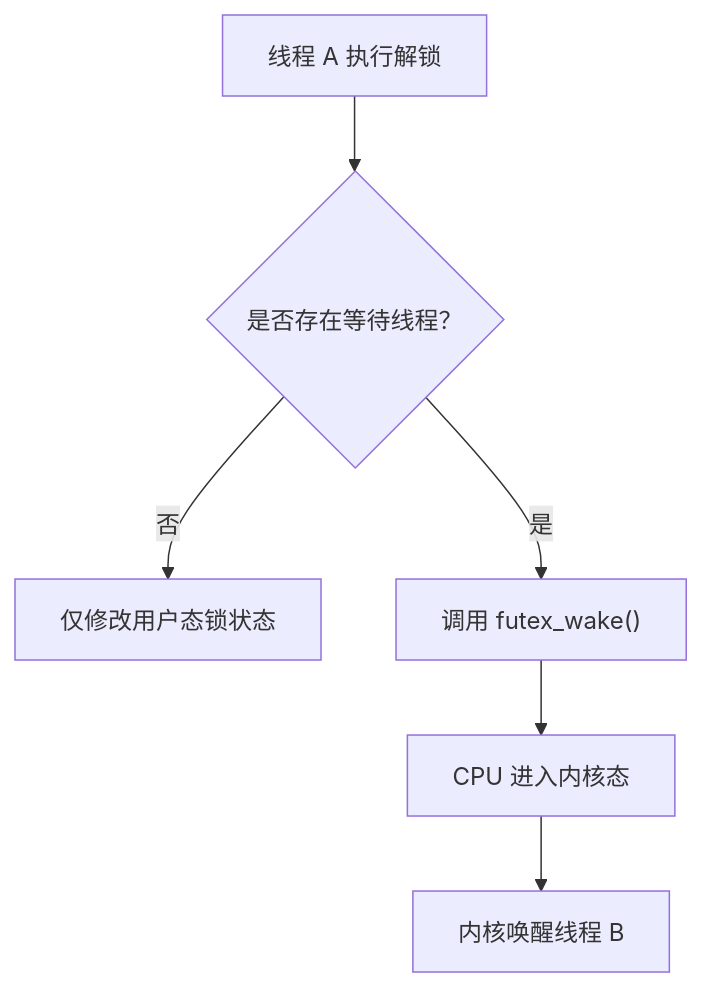
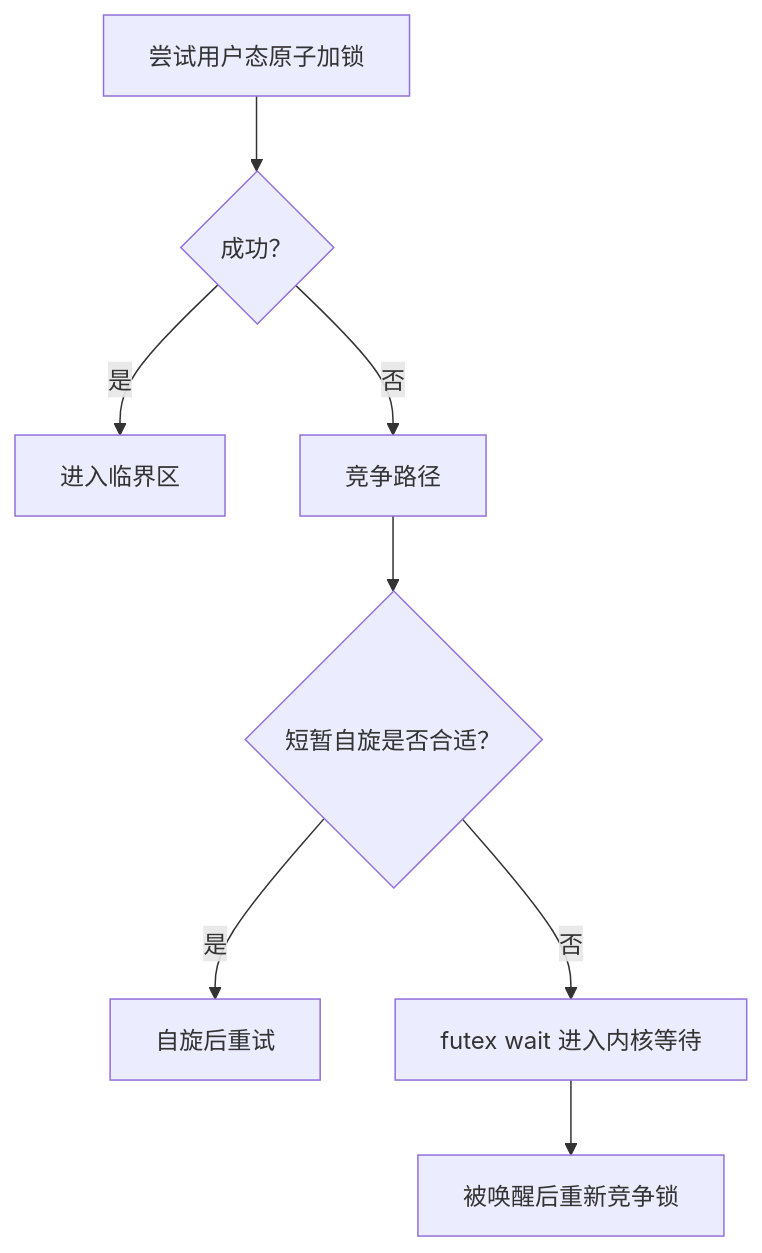
The fifth of 36 diagrams in blog/os_review.md (Fizgrad/fizgrad.github.io), drawn with Mermaid before and after one commit. The commit also changed other lines of this file and 1 other file, not shown here.

````diff
--- a/blog/os_review.md
+++ b/blog/os_review.md
@@ -1299,8 +1509,10 @@
 ```mermaid
 flowchart TD
-    A["线程 A 执行解锁"] --> B{"是否存在等待线程？"}
-    B -->|否| C["仅修改用户态锁状态"]
-    B -->|是| D["调用 futex_wake()"]
-    D --> E["CPU 进入内核态"]
-    E --> F["内核唤醒线程 B"]
+    A["尝试用户态原子加锁"] --> B{"成功？"}
+    B -->|是| C["进入临界区"]
+    B -->|否| D["竞争路径"]
+    D --> E{"短暂自旋是否合适？"}
+    E -->|是| F["自旋后重试"]
+    E -->|否| G["futex wait 进入内核等待"]
+    G --> H["被唤醒后重新竞争锁"]
 ```
````
